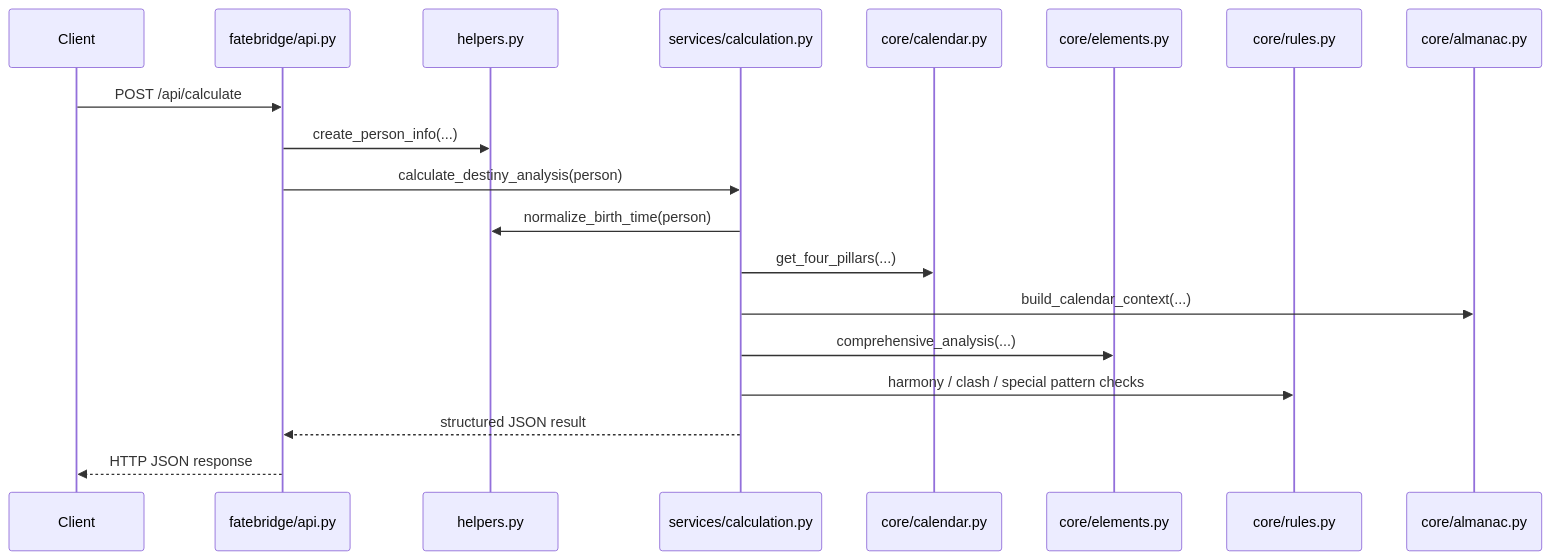
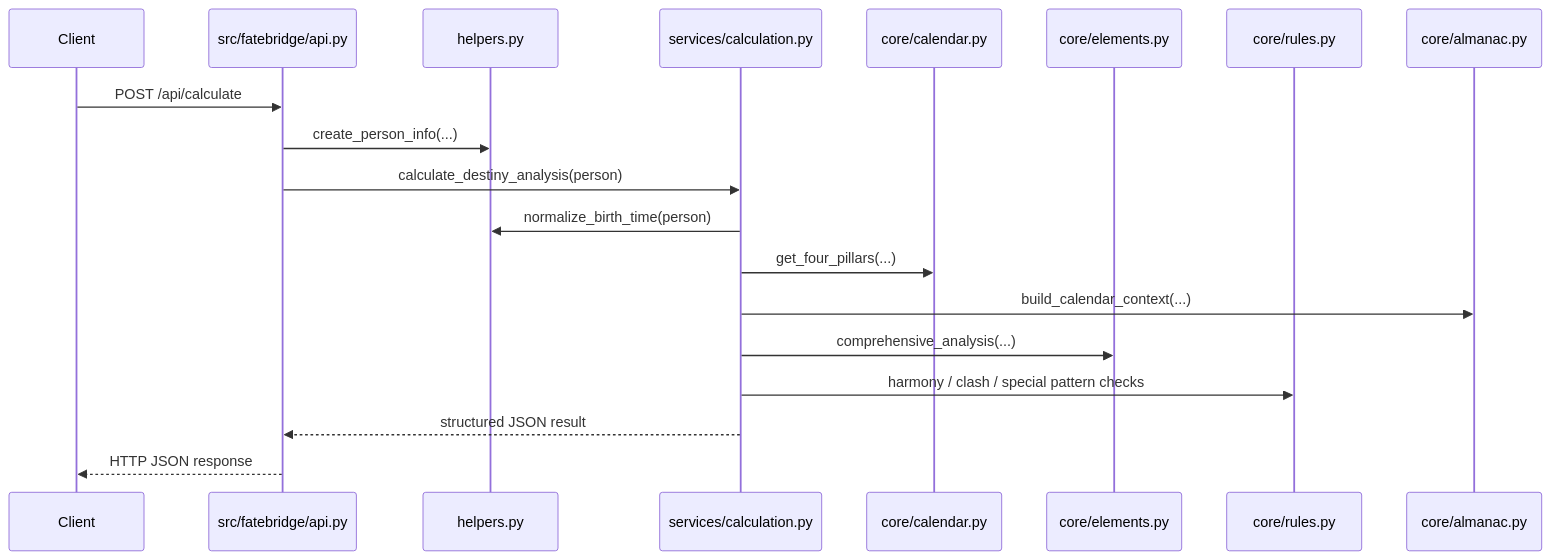
The second of 3 diagrams in docs/ARCHITECTURE.md (Yonder-Lab/FateBridge), drawn with Mermaid before and after one commit. The commit also changed other lines of this file and 122 other files, not shown here.

````diff
--- a/docs/ARCHITECTURE.md
+++ b/docs/ARCHITECTURE.md
@@ -115,22 +115,22 @@
 ```mermaid
 sequenceDiagram
     participant C as Client
-    participant API as fatebridge/api.py
+    participant API as src/fatebridge/api.py
     participant H as helpers.py
     participant S as services/calculation.py
     participant CAL as core/calendar.py
     participant ELE as core/elements.py
     participant RULE as core/rules.py
     participant ALM as core/almanac.py
 
     C->>API: POST /api/calculate
     API->>H: create_person_info(...)
     API->>S: calculate_destiny_analysis(person)
     S->>H: normalize_birth_time(person)
     S->>CAL: get_four_pillars(...)
     S->>ALM: build_calendar_context(...)
     S->>ELE: comprehensive_analysis(...)
     S->>RULE: harmony / clash / special pattern checks
     S-->>API: structured JSON result
     API-->>C: HTTP JSON response
 ```
````
